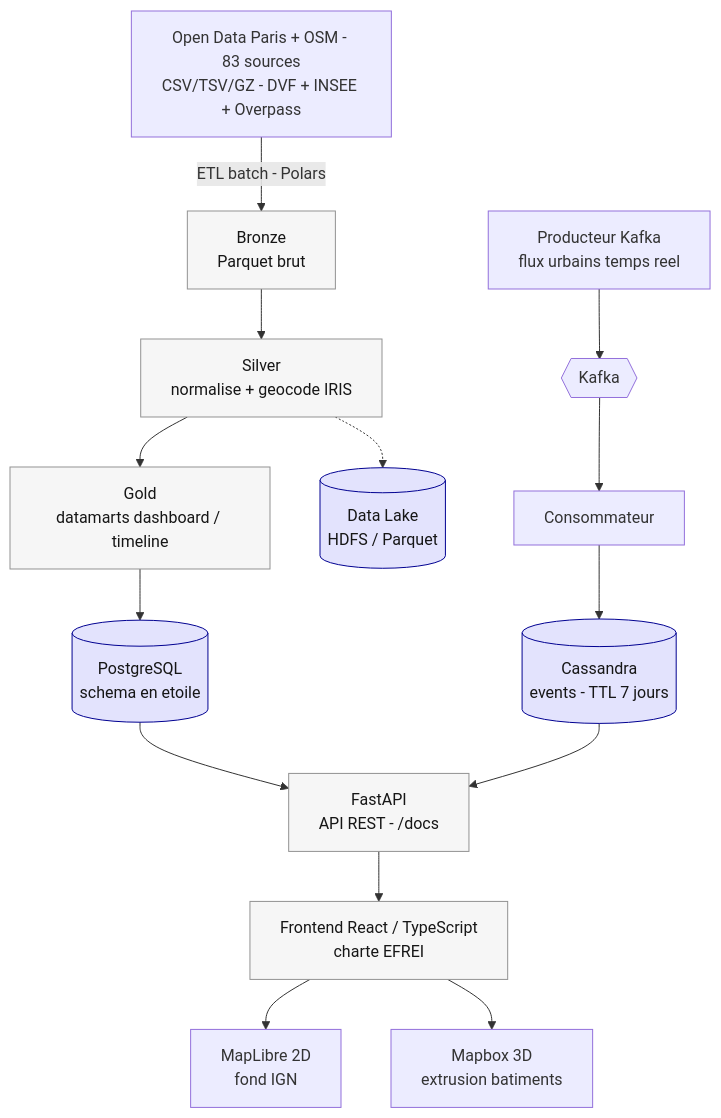
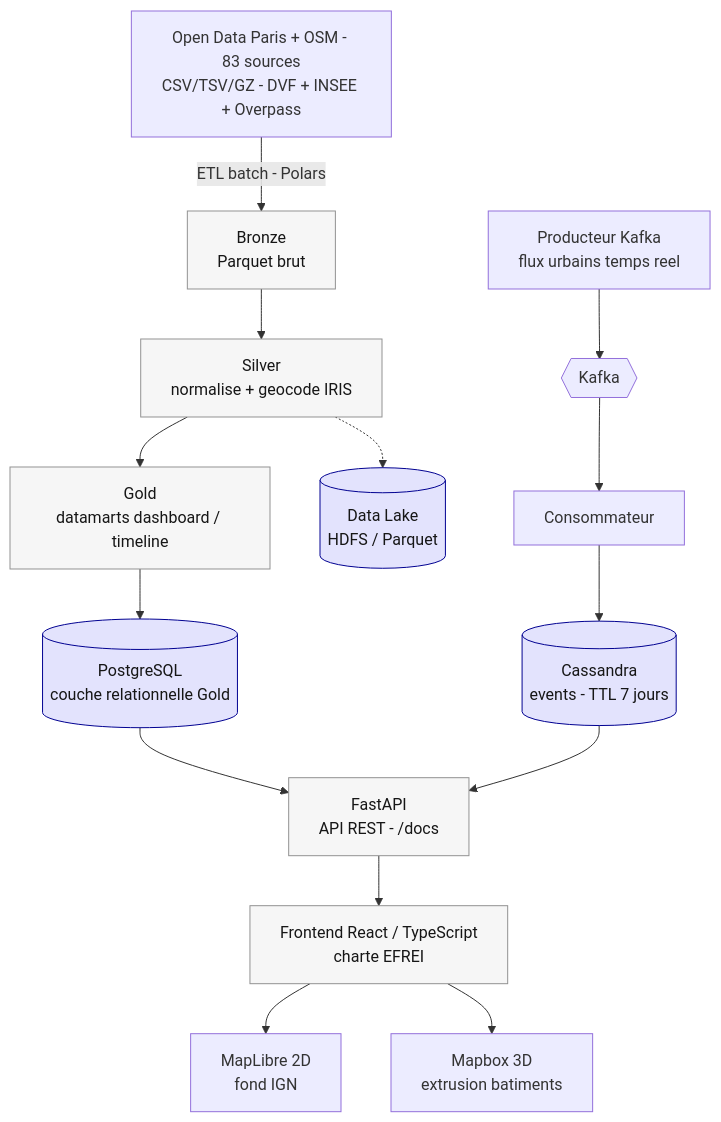
The diagram in README.md (Adam-Blf/urban-data-explorer), drawn with Mermaid before and after one commit. The commit also changed other lines of this file and 8 other files, not shown here.

````diff
--- a/README.md
+++ b/README.md
@@ -54,21 +54,21 @@
 ```mermaid
 flowchart TD
-    OD["Open Data Paris + OSM - 83 sources<br/>CSV/TSV/GZ - DVF + INSEE + Overpass"]
-    OD -->|"ETL batch - Polars"| BRONZE["Bronze<br/>Parquet brut"]
-    BRONZE --> SILVER["Silver<br/>normalise + geocode IRIS"]
-    SILVER --> GOLD["Gold<br/>datamarts dashboard / timeline"]
-    SILVER -.-> LAKE[("Data Lake<br/>HDFS / Parquet")]
-    GOLD --> PG[("PostgreSQL<br/>schema en etoile")]
-    PROD["Producteur Kafka<br/>flux urbains temps reel"] --> KAFKA{{"Kafka"}}
-    KAFKA --> CONS["Consommateur"] --> CASS[("Cassandra<br/>events - TTL 7 jours")]
-    PG --> API["FastAPI<br/>API REST - /docs"]
+   OD["Open Data Paris + OSM - 83 sources<br/>CSV/TSV/GZ - DVF + INSEE + Overpass"]
+   OD -->|"ETL batch - Polars"| BRONZE["Bronze<br/>Parquet brut"]
+   BRONZE --> SILVER["Silver<br/>normalise + geocode IRIS"]
+   SILVER --> GOLD["Gold<br/>datamarts dashboard / timeline"]
+   SILVER -.-> LAKE[("Data Lake<br/>HDFS / Parquet")]
+   GOLD --> PG[("PostgreSQL<br/>couche relationnelle Gold")]
+   PROD["Producteur Kafka<br/>flux urbains temps reel"] --> KAFKA{{"Kafka"}}
+   KAFKA --> CONS["Consommateur"] --> CASS[("Cassandra<br/>events - TTL 7 jours")]
+   PG --> API["FastAPI<br/>API REST - /docs"]
     CASS --> API
     API --> FE["Frontend React / TypeScript<br/>charte EFREI"]
     FE --> M2["MapLibre 2D<br/>fond IGN"]
     FE --> M3["Mapbox 3D<br/>extrusion batiments"]
 
     classDef store fill:#e3e3fd,stroke:#000091,color:#161616;
     classDef proc fill:#f6f6f6,stroke:#929292,color:#161616;
     class PG,CASS,LAKE store;
     class BRONZE,SILVER,GOLD,API,FE proc;
 ```
````
